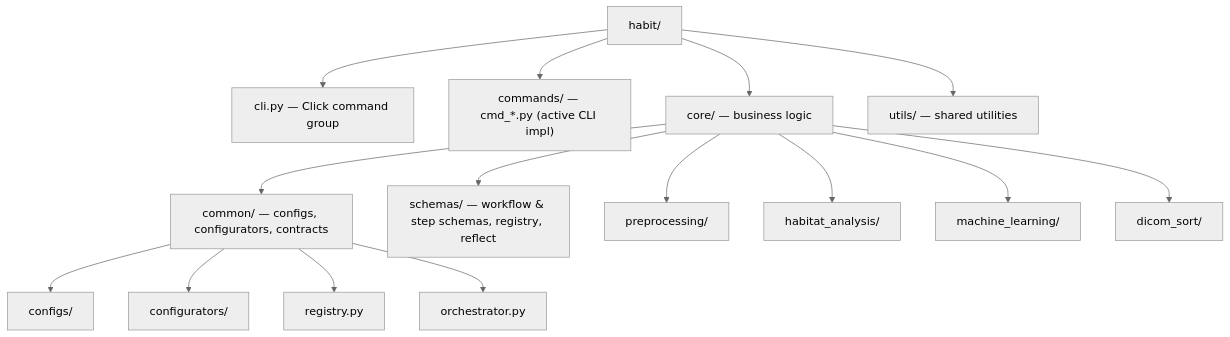
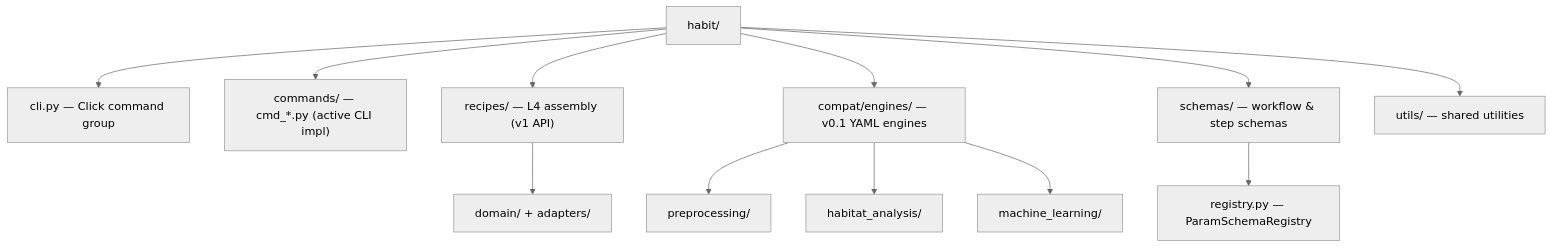
The first of 2 diagrams in docs/source/development/repo_layout.rst (lichao312214129/HABIT), drawn with Mermaid (neutral theme) before and after one commit. The commit also changed other lines of this file and 424 other files, not shown here.

First line of the commit message:
v1.0.0: API-first refactor — remove habit.core, add recipes/contracts/compat layers

```diff
--- a/docs/source/development/repo_layout.rst
+++ b/docs/source/development/repo_layout.rst
@@ -43,20 +43,17 @@
 .. mermaid::
 
    flowchart TD
      ROOT["habit/"]
      ROOT --> CLI["cli.py — Click command group"]
      ROOT --> CMD["commands/ — cmd_*.py (active CLI impl)"]
-     ROOT --> CORE["core/ — business logic"]
+     ROOT --> REC["recipes/ — L4 assembly (v1 API)"]
+     ROOT --> ENG["compat/engines/ — v0.1 YAML engines"]
+     ROOT --> SCH["schemas/ — workflow & step schemas"]
      ROOT --> UTILS["utils/ — shared utilities"]
 
-     CORE --> COM["common/ — configs, configurators, contracts"]
-     CORE --> SCH["schemas/ — workflow & step schemas, registry, reflect"]
-     CORE --> PRE["preprocessing/"]
-     CORE --> HAB["habitat_analysis/"]
-     CORE --> MLC["machine_learning/"]
-     CORE --> DCM["dicom_sort/"]
+     ENG --> PRE["preprocessing/"]
+     ENG --> HAB["habitat_analysis/"]
+     ENG --> MLC["machine_learning/"]
 
-     COM --> CFG["configs/"]
-     COM --> CON["configurators/"]
-     COM --> REG["registry.py"]
-     COM --> ORC["orchestrator.py"]
+     REC --> DOM["domain/ + adapters/"]
+     SCH --> REG["registry.py — ParamSchemaRegistry"]
```
